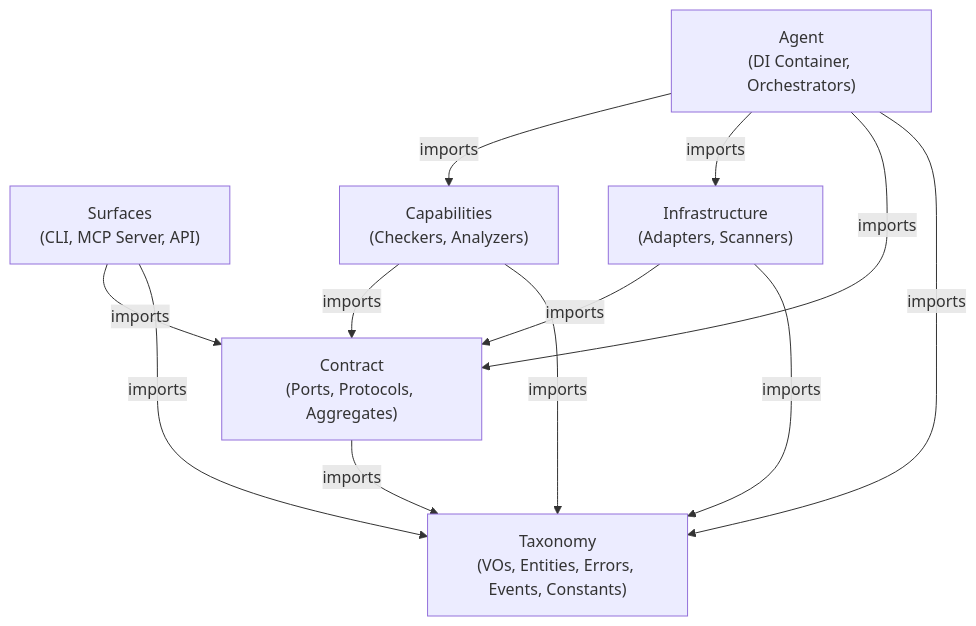
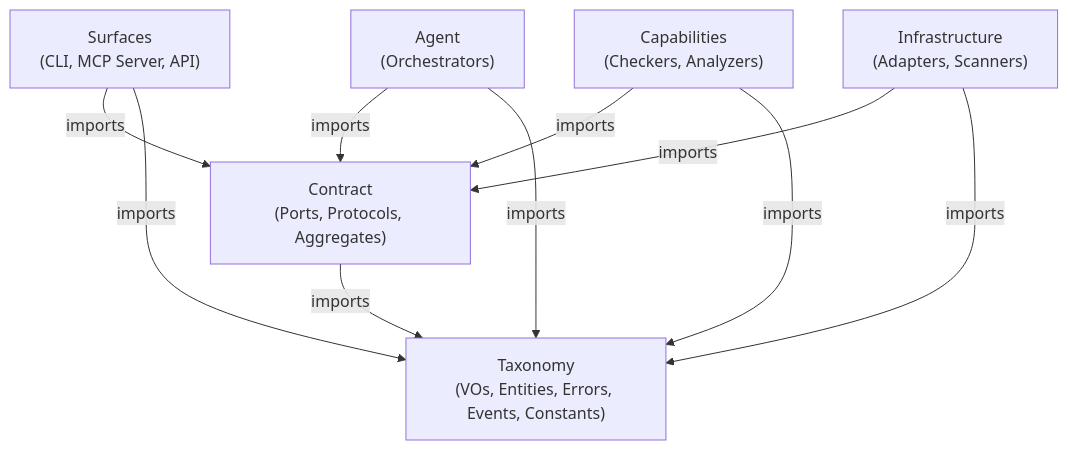
Before and after one commit to rakaarwaky/lint-arwaky: the diagram in ARCHITECTURE.md, drawn with Mermaid. The commit also changed other lines of this file and 23 other files, not shown here.

Commit message:
refactor: replace god interface architecture with modular feature-based containers and orchestration layers

````diff
--- a/ARCHITECTURE.md
+++ b/ARCHITECTURE.md
@@ -52,22 +52,20 @@
 ```mermaid
 %%{init: {'theme': 'default'}}%%
 graph TD
     S["Surfaces<br/>(CLI, MCP Server, API)"]
-    A["Agent<br/>(DI Container, Orchestrators)"]
+    A["Agent<br/>(Orchestrators)"]
     C["Capabilities<br/>(Checkers, Analyzers)"]
     I["Infrastructure<br/>(Adapters, Scanners)"]
     CT["Contract<br/>(Ports, Protocols, Aggregates)"]
     T["Taxonomy<br/>(VOs, Entities, Errors, Events, Constants)"]
 
     S -->|"imports"| CT
     S -->|"imports"| T
-    A -->|"imports"| C
-    A -->|"imports"| I
     A -->|"imports"| CT
     A -->|"imports"| T
     C -->|"imports"| CT
     C -->|"imports"| T
     I -->|"imports"| CT
     I -->|"imports"| T
     CT -->|"imports"| T
 ```
````
